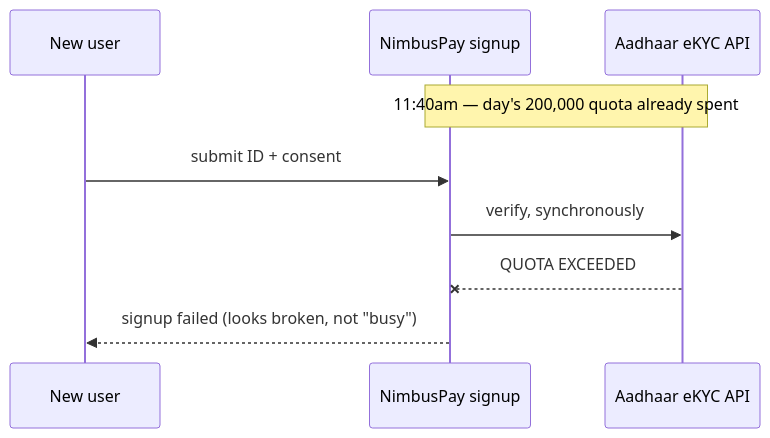
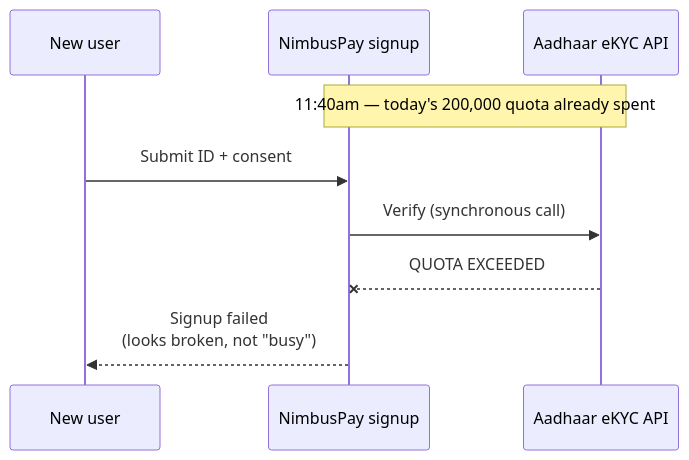
Before and after one commit to riyaz-pasha/Learnings: the second of 13 diagrams in system-design/HLD/0-course/50-National-ID-KYC-Verification-System-FAANG-Guide-story.md, drawn with Mermaid. The commit also changed other lines of this file and 1 other file, not shown here.

Commit message:
[REWRITE] National ID KYC Verification story guide: simplify prose, add structure, fix diagrams

````diff
--- a/system-design/HLD/0-course/50-National-ID-KYC-Verification-System-FAANG-Guide-story.md
+++ b/system-design/HLD/0-course/50-National-ID-KYC-Verification-System-FAANG-Guide-story.md
@@ -97,12 +156,12 @@
 ```mermaid
 sequenceDiagram
     participant U as New user
     participant App as NimbusPay signup
     participant Gov as Aadhaar eKYC API
 
-    Note over App,Gov: 11:40am — day's 200,000 quota already spent
-    U->>App: submit ID + consent
-    App->>Gov: verify, synchronously
+    Note over App,Gov: 11:40am — today's 200,000 quota already spent
+    U->>App: Submit ID + consent
+    App->>Gov: Verify (synchronous call)
     Gov--xApp: QUOTA EXCEEDED
-    App-->>U: signup failed (looks broken, not "busy")
+    App-->>U: Signup failed<br/>(looks broken, not "busy")
 ```
````
